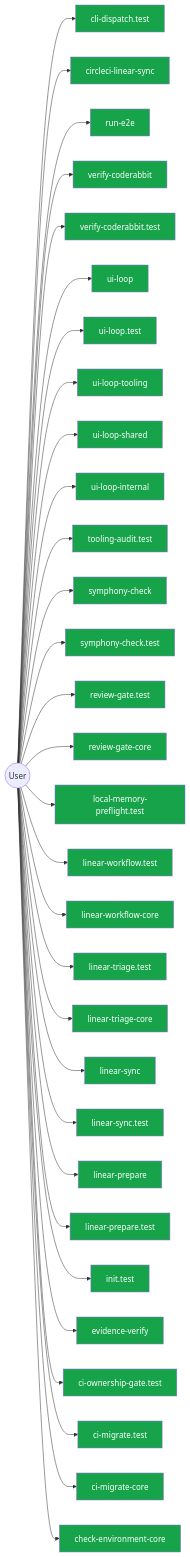
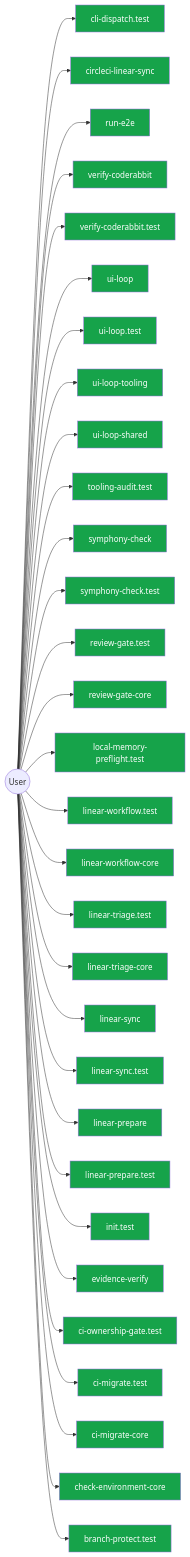
One commit to jscraik/coding-harness changed diagram 14 of 14 in AI/context/diagram-context.md. Above: the diagram before and after it, drawn with Mermaid. The commit also changed other lines of this file, not shown here.

First line of the commit message:
docs(architecture): refresh route decision context

````diff
--- a/AI/context/diagram-context.md
+++ b/AI/context/diagram-context.md
@@ -1933,67 +1931,67 @@
 ```mermaid
 flowchart LR
   User(("User"))
   cli_dispatch_test_54c9f17b["cli-dispatch.test"]
   User --> cli_dispatch_test_54c9f17b
   circleci_linear_sync_19c0d6da["circleci-linear-sync"]
   User --> circleci_linear_sync_19c0d6da
   run_e2e_39efe696["run-e2e"]
   User --> run_e2e_39efe696
   verify_coderabbit_490b4e71["verify-coderabbit"]
   User --> verify_coderabbit_490b4e71
   verify_coderabbit_test_46cfcf29["verify-coderabbit.test"]
   User --> verify_coderabbit_test_46cfcf29
   ui_loop_11660889["ui-loop"]
   User --> ui_loop_11660889
   ui_loop_test_f0eabc42["ui-loop.test"]
   User --> ui_loop_test_f0eabc42
   ui_loop_tooling_12b2d2c7["ui-loop-tooling"]
   User --> ui_loop_tooling_12b2d2c7
   ui_loop_shared_8c83b841["ui-loop-shared"]
   User --> ui_loop_shared_8c83b841
-  ui_loop_internal_f2eb8892["ui-loop-internal"]
-  User --> ui_loop_internal_f2eb8892
   tooling_audit_test_d2aee28c["tooling-audit.test"]
   User --> tooling_audit_test_d2aee28c
   symphony_check_e97f2ea0["symphony-check"]
   User --> symphony_check_e97f2ea0
   symphony_check_test_6cb33eb2["symphony-check.test"]
   User --> symphony_check_test_6cb33eb2
   review_gate_test_000e2ed6["review-gate.test"]
   User --> review_gate_test_000e2ed6
   review_gate_core_4c8001f9["review-gate-core"]
   User --> review_gate_core_4c8001f9
   local_memory_preflight_test_5e323bbf["local-memory-preflight.test"]
   User --> local_memory_preflight_test_5e323bbf
   linear_workflow_test_a351dcb0["linear-workflow.test"]
   User --> linear_workflow_test_a351dcb0
   linear_workflow_core_0e19cff4["linear-workflow-core"]
   User --> linear_workflow_core_0e19cff4
   linear_triage_test_1b75a8b8["linear-triage.test"]
   User --> linear_triage_test_1b75a8b8
   linear_triage_core_7cbca73e["linear-triage-core"]
   User --> linear_triage_core_7cbca73e
   linear_sync_a2fa2bf7["linear-sync"]
   User --> linear_sync_a2fa2bf7
   linear_sync_test_da1e1eab["linear-sync.test"]
   User --> linear_sync_test_da1e1eab
   linear_prepare_0c613ba6["linear-prepare"]
   User --> linear_prepare_0c613ba6
   linear_prepare_test_678f11a9["linear-prepare.test"]
   User --> linear_prepare_test_678f11a9
   init_test_cbba76a6["init.test"]
   User --> init_test_cbba76a6
   evidence_verify_3b73c290["evidence-verify"]
   User --> evidence_verify_3b73c290
   ci_ownership_gate_test_7b1c196d["ci-ownership-gate.test"]
   User --> ci_ownership_gate_test_7b1c196d
   ci_migrate_test_2a015bb9["ci-migrate.test"]
   User --> ci_migrate_test_2a015bb9
   ci_migrate_core_7005b5af["ci-migrate-core"]
   User --> ci_migrate_core_7005b5af
   check_environment_core_2c16213f["check-environment-core"]
   User --> check_environment_core_2c16213f
+  branch_protect_test_c8d80aab["branch-protect.test"]
+  User --> branch_protect_test_c8d80aab
   classDef userNode fill:#16a34a,color:#fff
-  class cli_dispatch_test_54c9f17b,circleci_linear_sync_19c0d6da,run_e2e_39efe696,verify_coderabbit_490b4e71,verify_coderabbit_test_46cfcf29,ui_loop_11660889,ui_loop_test_f0eabc42,ui_loop_tooling_12b2d2c7,ui_loop_shared_8c83b841,ui_loop_internal_f2eb8892,tooling_audit_test_d2aee28c,symphony_check_e97f2ea0,symphony_check_test_6cb33eb2,review_gate_test_000e2ed6,review_gate_core_4c8001f9,local_memory_preflight_test_5e323bbf,linear_workflow_test_a351dcb0,linear_workflow_core_0e19cff4,linear_triage_test_1b75a8b8,linear_triage_core_7cbca73e,linear_sync_a2fa2bf7,linear_sync_test_da1e1eab,linear_prepare_0c613ba6,linear_prepare_test_678f11a9,init_test_cbba76a6,evidence_verify_3b73c290,ci_ownership_gate_test_7b1c196d,ci_migrate_test_2a015bb9,ci_migrate_core_7005b5af,check_environment_core_2c16213f userNode
+  class cli_dispatch_test_54c9f17b,circleci_linear_sync_19c0d6da,run_e2e_39efe696,verify_coderabbit_490b4e71,verify_coderabbit_test_46cfcf29,ui_loop_11660889,ui_loop_test_f0eabc42,ui_loop_tooling_12b2d2c7,ui_loop_shared_8c83b841,tooling_audit_test_d2aee28c,symphony_check_e97f2ea0,symphony_check_test_6cb33eb2,review_gate_test_000e2ed6,review_gate_core_4c8001f9,local_memory_preflight_test_5e323bbf,linear_workflow_test_a351dcb0,linear_workflow_core_0e19cff4,linear_triage_test_1b75a8b8,linear_triage_core_7cbca73e,linear_sync_a2fa2bf7,linear_sync_test_da1e1eab,linear_prepare_0c613ba6,linear_prepare_test_678f11a9,init_test_cbba76a6,evidence_verify_3b73c290,ci_ownership_gate_test_7b1c196d,ci_migrate_test_2a015bb9,ci_migrate_core_7005b5af,check_environment_core_2c16213f,branch_protect_test_c8d80aab userNode
 
 ```
````
